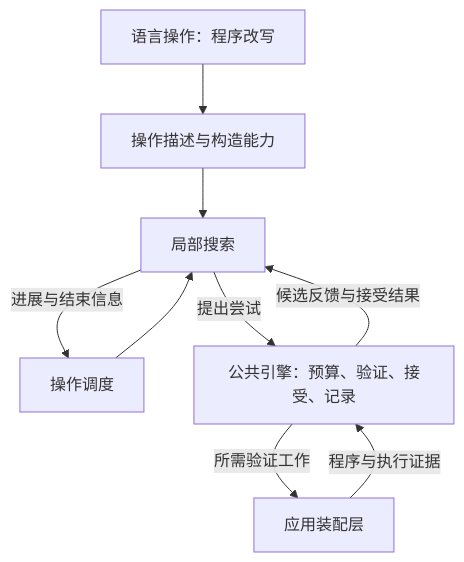
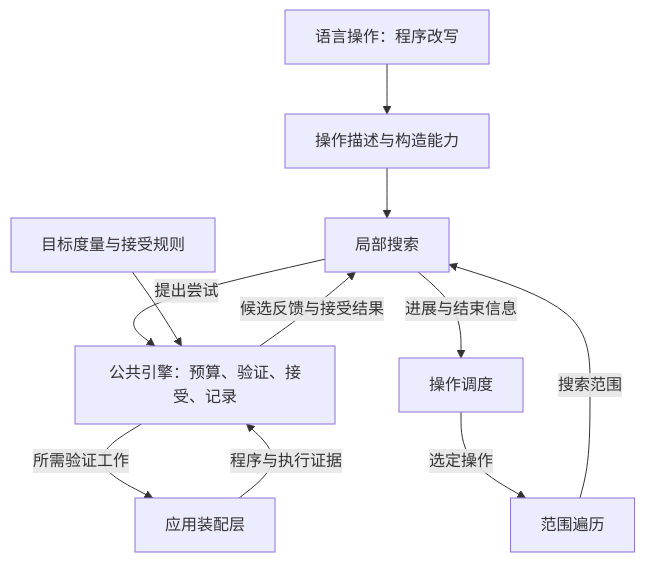
One commit to zrr1999/moonsmith changed the diagram in fps/FP-0004-engine-execution-contract.md. Above: the diagram before and after it, drawn with Mermaid. The commit also changed other lines of this file and 27 other files, not shown here.

````diff
--- a/fps/FP-0004-engine-execution-contract.md
+++ b/fps/FP-0004-engine-execution-contract.md
@@ -156,11 +173,13 @@
 ```mermaid
 flowchart TB
   L["语言操作：程序改写"] --> D["操作描述与构造能力"]
-  S["操作调度"] --> Q["局部搜索"]
+  S["操作调度"] -->|"选定操作"| T["范围遍历"]
+  T -->|"搜索范围"| Q["局部搜索"]
   D --> Q
   Q -->|"提出尝试"| E["公共引擎：预算、验证、接受、记录"]
   E -->|"候选反馈与接受结果"| Q
   Q -->|"进展与结束信息"| S
   E -->|"所需验证工作"| A["应用装配层"]
   A -->|"程序与执行证据"| E
+  O["目标度量与接受规则"] --> E
 ```
````
